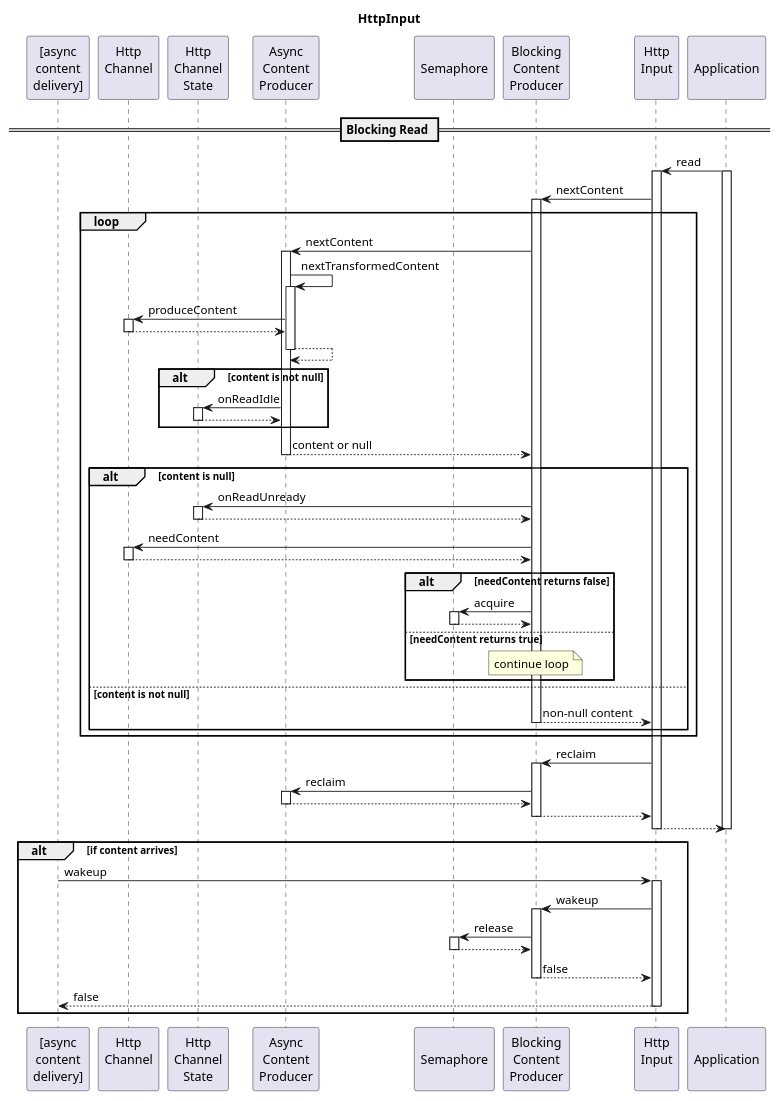
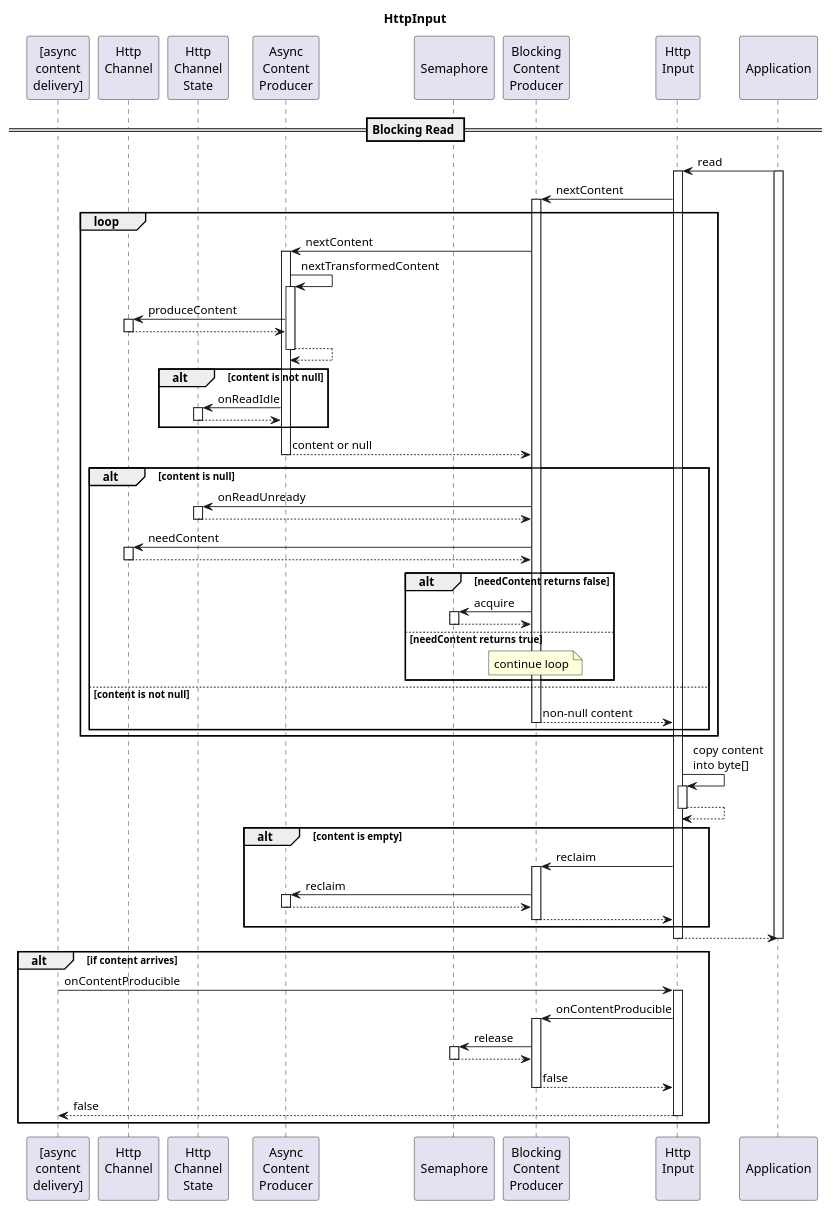
One commit to jetty/jetty.project changed the diagram in jetty-server/src/main/java/org/eclipse/jetty/server/HttpInput_blocking.puml. Above: the diagram before and after it, drawn with PlantUML. The commit also changed 1 other file, not shown here.

Commit message:
update HttpInput puml diagrams

```diff
--- a/jetty-server/src/main/java/org/eclipse/jetty/server/HttpInput_blocking.puml
+++ b/jetty-server/src/main/java/org/eclipse/jetty/server/HttpInput_blocking.puml
@@ -1,64 +1,68 @@
 @startuml
 title "HttpInput"
 
 participant AsyncContentDelivery as "[async\ncontent\ndelivery]"
 participant HttpChannel as "Http\nChannel\n"
 participant HttpChannelState as "Http\nChannel\nState"
 participant AsyncContentProducer as "Async\nContent\nProducer"
 participant Semaphore as "\nSemaphore\n"
 participant BlockingContentProducer as "Blocking\nContent\nProducer"
 participant HttpInput as "Http\nInput\n"
 participant Application as "\nApplication\n"
 
 autoactivate on
 
 == Blocking Read ==
 
 Application->HttpInput: read
 activate Application
     HttpInput->BlockingContentProducer: nextContent
         loop
             BlockingContentProducer->AsyncContentProducer: nextContent
                 AsyncContentProducer->AsyncContentProducer: nextTransformedContent
                     AsyncContentProducer->HttpChannel: produceContent
                     return
                 return
                 alt content is not null
                     AsyncContentProducer->HttpChannelState: onReadIdle
                     return
                 end
             return content or null
             alt content is null
                 BlockingContentProducer->HttpChannelState: onReadUnready
                 return
                 BlockingContentProducer->HttpChannel: needContent
                 return
                 alt needContent returns false
                     BlockingContentProducer->Semaphore: acquire
                     return
                 else needContent returns true
                     note over BlockingContentProducer
                         continue loop
                     end note
                 end
             else content is not null
                 return non-null content
             end
         end
     ' return from BlockingContentProducer: nextContent
-    HttpInput->BlockingContentProducer: reclaim
-        BlockingContentProducer->AsyncContentProducer: reclaim
+    HttpInput->HttpInput: copy content\ninto byte[]
+    return
+    alt content is empty
+        HttpInput->BlockingContentProducer: reclaim
+            BlockingContentProducer->AsyncContentProducer: reclaim
+            return
         return
-    return
+    end
 return
 deactivate Application
 
 alt if content arrives
-    AsyncContentDelivery->HttpInput: wakeup
-        HttpInput->BlockingContentProducer: wakeup
+    AsyncContentDelivery->HttpInput: onContentProducible
+        HttpInput->BlockingContentProducer: onContentProducible
             BlockingContentProducer->Semaphore: release
             return
         return false
     return false
 end
 @enduml
```
